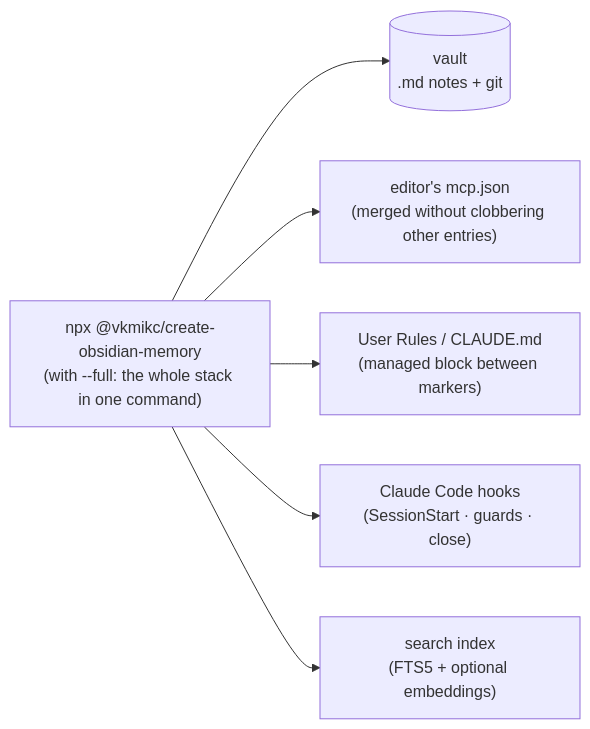
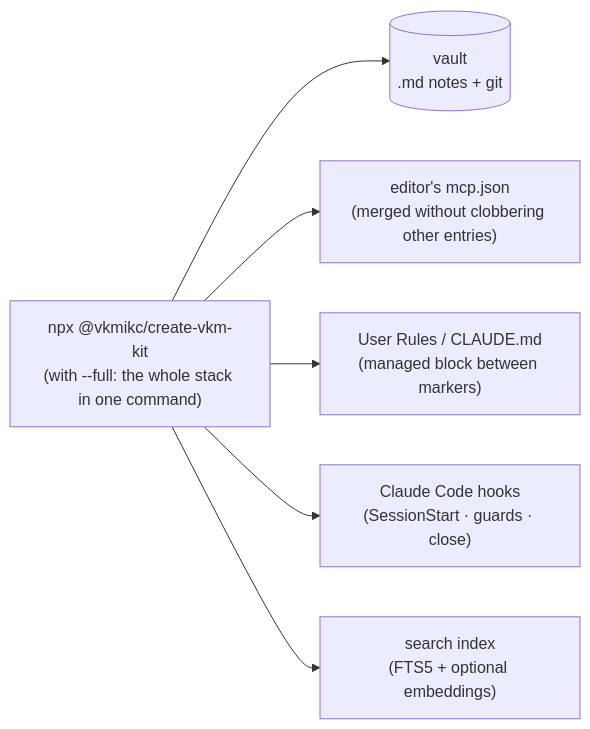
The diagram in docs/en/install.md (Vahlame/create-vkm-kit), drawn with Mermaid before and after one commit. The commit also changed other lines of this file and 83 other files, not shown here.

First line of the commit message:
feat!: rename to vkm-kit — 4.0.0 release train (ADR-0041/0050)

````diff
--- a/docs/en/install.md
+++ b/docs/en/install.md
@@ -24,8 +24,8 @@
 ```mermaid
 flowchart LR
-  I["npx @vkmikc/create-obsidian-memory<br/>(with --full: the whole stack in one command)"] --> V[("vault<br/>.md notes + git")]
+  I["npx @vkmikc/create-vkm-kit<br/>(with --full: the whole stack in one command)"] --> V[("vault<br/>.md notes + git")]
   I --> M["editor's mcp.json<br/>(merged without clobbering other entries)"]
   I --> R["User Rules / CLAUDE.md<br/>(managed block between markers)"]
   I --> H["Claude Code hooks<br/>(SessionStart · guards · close)"]
   I --> X["search index<br/>(FTS5 + optional embeddings)"]
 ```
````
